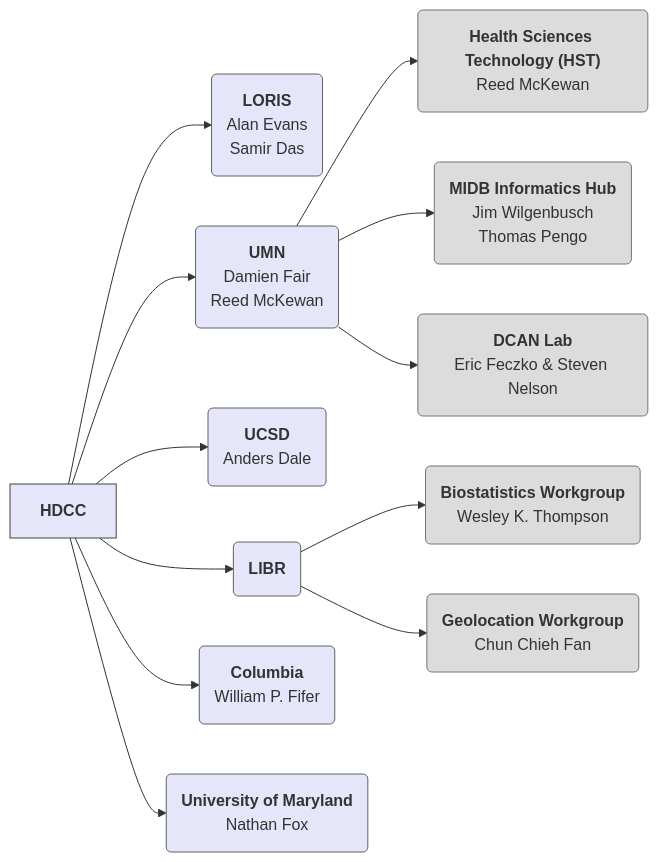
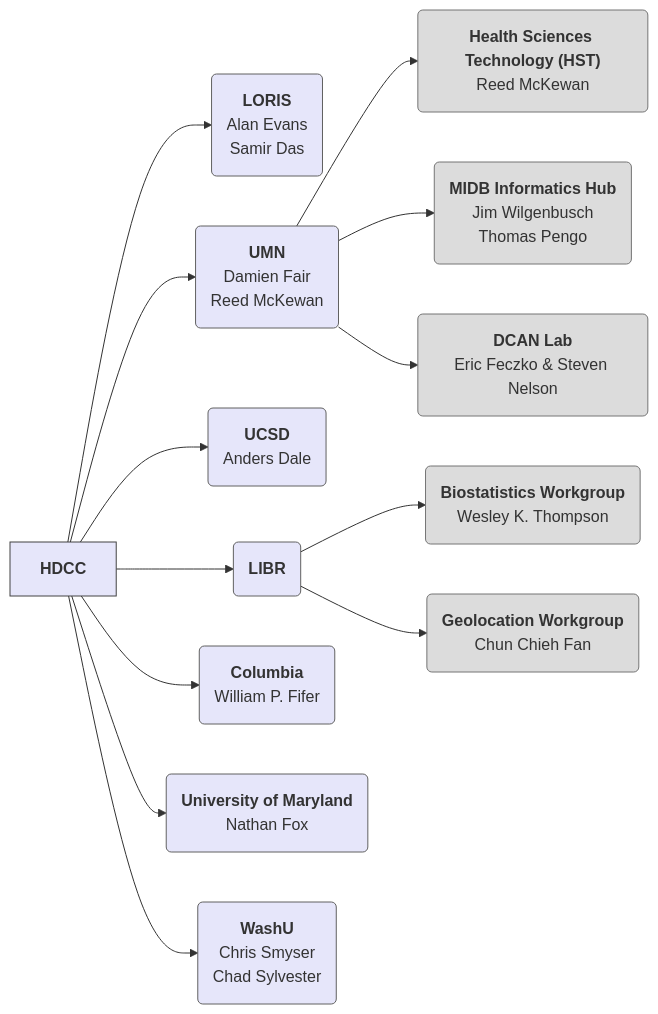
The first of 8 diagrams in docs/orgcharts.md (DCAN-Labs/hbcd-docs-internal), drawn with Mermaid before and after one commit.

Commit message:
add washU to overview chart

````diff
--- a/docs/orgcharts.md
+++ b/docs/orgcharts.md
@@ -7,46 +7,46 @@
 ```mermaid
 ---
 config:
   layout: dagre
 ---
 flowchart LR
-    A["<strong>HDCC</strong>"] --> E["<b>LORIS</b><br>Alan Evans<br>Samir Das"] & F["<b>UMN</b><br>Damien Fair<br>Reed McKewan"] & G["<b>UCSD</b><br>Anders Dale"] & H["<b>LIBR</b><br>"] & n1["<b>Columbia</b><br>William P. Fifer"] & n16["<b>University of Maryland</b><br>Nathan Fox"]
+    A["<strong>HDCC</strong>"] --> E["<b>LORIS</b><br>Alan Evans<br>Samir Das"] & F["<b>UMN</b><br>Damien Fair<br>Reed McKewan"] & G["<b>UCSD</b><br>Anders Dale"] & H["<b>LIBR</b><br>"] & n1["<b>Columbia</b><br>William P. Fifer"] & n16["<b>University of Maryland</b><br>Nathan Fox"] & washu["<b>WashU</b><br>Chris Smyser<br>Chad Sylvester"]
     F --> n6["<b>Health Sciences Technology (HST)</b><br>Reed McKewan"] & n7["<b>MIDB Informatics Hub</b><br>Jim Wilgenbusch<br>Thomas Pengo"] & n8["<b>DCAN Lab</b><br>Eric Feczko &amp; Steven Nelson"]
     H --> n14["<b>Biostatistics Workgroup</b><br>Wesley K. Thompson"] & n15["<b>Geolocation Workgroup</b><br>Chun Chieh Fan"]
     A@{ shape: rect}
     E@{ shape: rounded}
     F@{ shape: rounded}
     G@{ shape: rounded}
     H@{ shape: rounded}
     n1@{ shape: rounded}
     n16@{ shape: rounded}
+    washu@{ shape: rounded}
     n6@{ shape: rounded}
     n7@{ shape: rounded}
     n8@{ shape: rounded}
     n14@{ shape: rounded}
     n15@{ shape: rounded}
     style A fill:#e6e6fa,stroke:#424242
     style E fill:#e6e6fa,stroke:#616161
     style F fill:#e6e6fa,stroke:#616161
     style G fill:#e6e6fa,stroke:#616161
     style H fill:#e6e6fa,stroke:#616161
     style n1 fill:#e6e6fa,stroke:#616161
     style n16 fill:#e6e6fa,stroke:#616161
+    style washu fill:#e6e6fa,stroke:#616161
     style n6 fill:#dcdcdc,stroke:#757575
     style n7 fill:#dcdcdc,stroke:#757575
     style n8 fill:#dcdcdc,stroke:#757575
     style n14 fill:#dcdcdc,stroke:#757575
     style n15 fill:#dcdcdc,stroke:#757575
     click E "#loris"
     click F "#university-of-minnesota-umn"
     click G "#ucsd"
     click H "#libr"
     click n1 "#columbia"
     click n16 "#university-of-maryland"
     click n6 "#health-sciences-technology-hst"
     click n7 "#masonic-institute-for-the-developing-brain-midb-informatics-hub"
     click n8 "#dcan-lab"
-    click n14 "#thompson"
-    click n15 "#fan"
-    click n1 "#fifer"
+    click washu "#washington-university-in-st-louis-washu"
 ```
````
